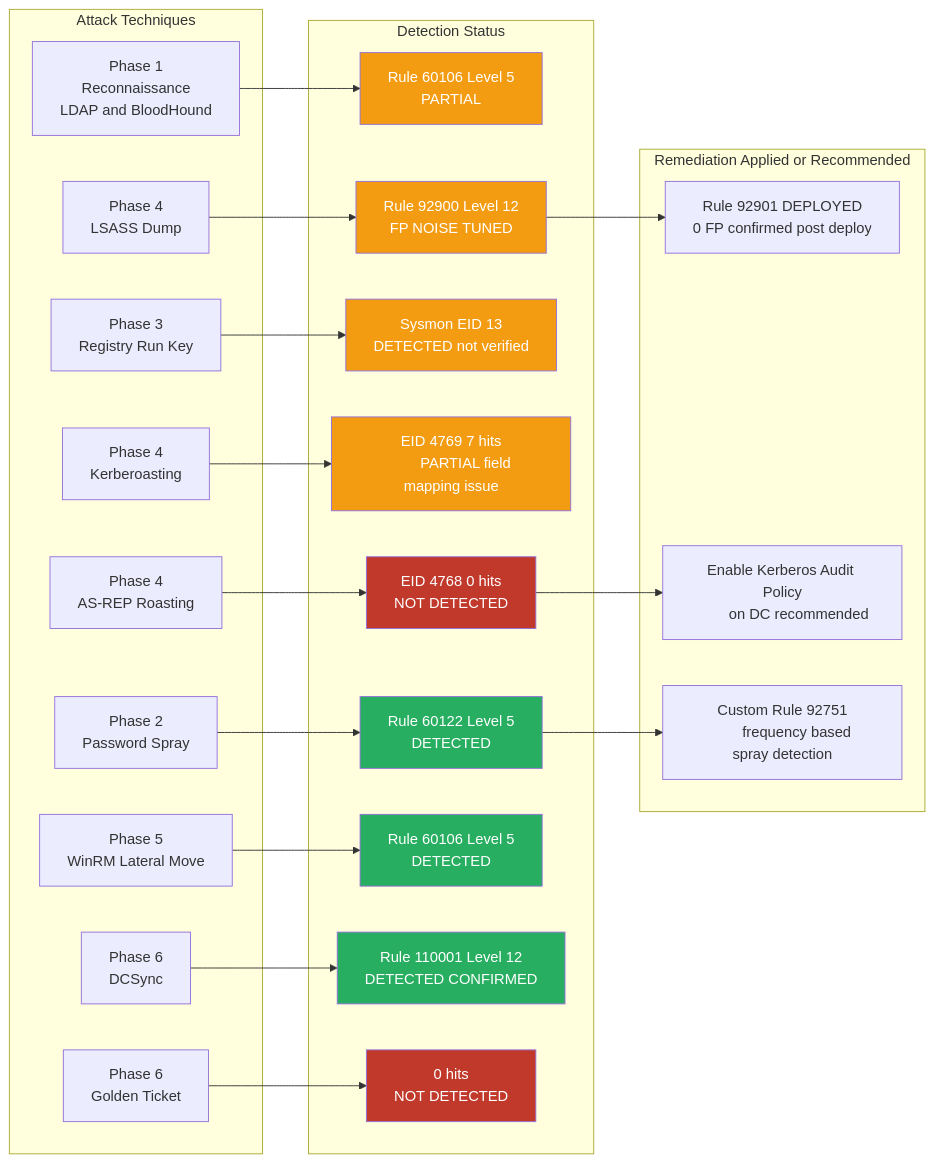
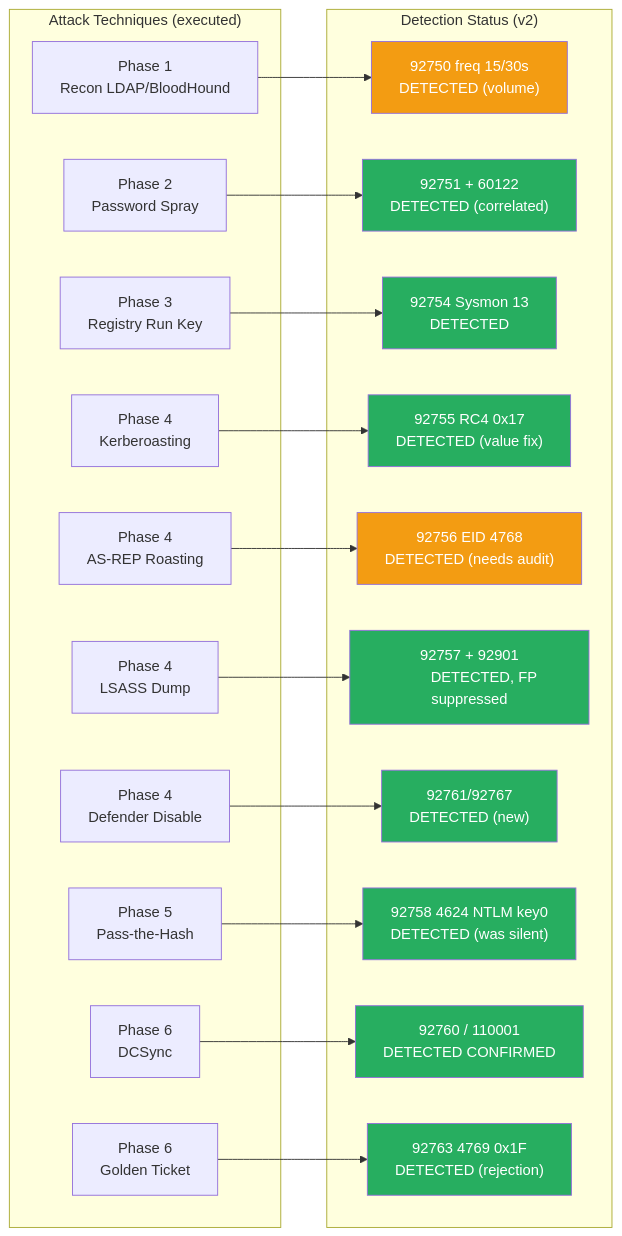
One commit to dimasqiramadhani/active-directory-offensive-security changed the fourth of 4 diagrams in README.md. Above: the diagram before and after it, drawn with Mermaid. The commit also changed other lines of this file and 27 other files, not shown here.

````diff
--- a/README.md
+++ b/README.md
@@ -342,77 +359,72 @@
 ```mermaid
 flowchart LR
-    subgraph ATTACKS["Attack Techniques"]
+    subgraph ATTACKS["Attack Techniques (executed)"]
         A1["Phase 1
-        Reconnaissance
-        LDAP and BloodHound"]
+        Recon LDAP/BloodHound"]
         A2["Phase 2
         Password Spray"]
         A3["Phase 3
         Registry Run Key"]
         A4["Phase 4
         Kerberoasting"]
         A5["Phase 4
         AS-REP Roasting"]
         A6["Phase 4
         LSASS Dump"]
+        A6b["Phase 4
+        Defender Disable"]
         A7["Phase 5
-        WinRM Lateral Move"]
+        Pass-the-Hash"]
         A8["Phase 6
         DCSync"]
         A9["Phase 6
         Golden Ticket"]
     end
 
-    subgraph STATUS["Detection Status"]
-        D1["Rule 60106 Level 5
-        PARTIAL"]
-        D2["Rule 60122 Level 5
+    subgraph V2["Detection Status (v2)"]
+        D1["92750 freq 15/30s
+        DETECTED (volume)"]
+        D2["92751 + 60122
+        DETECTED (correlated)"]
+        D3["92754 Sysmon 13
         DETECTED"]
-        D3["Sysmon EID 13
-        DETECTED not verified"]
-        D4["EID 4769 7 hits
-        PARTIAL field mapping issue"]
-        D5["EID 4768 0 hits
-        NOT DETECTED"]
-        D6["Rule 92900 Level 12
-        FP NOISE TUNED"]
-        D7["Rule 60106 Level 5
-        DETECTED"]
-        D8["Rule 110001 Level 12
+        D4["92755 RC4 0x17
+        DETECTED (value fix)"]
+        D5["92756 EID 4768
+        DETECTED (needs audit)"]
+        D6["92757 + 92901
+        DETECTED, FP suppressed"]
+        D6b["92761/92767
+        DETECTED (new)"]
+        D7["92758 4624 NTLM key0
+        DETECTED (was silent)"]
+        D8["92760 / 110001
         DETECTED CONFIRMED"]
-        D9["0 hits
-        NOT DETECTED"]
-    end
-
-    subgraph FIX["Remediation Applied or Recommended"]
-        T1["Rule 92901 DEPLOYED
-        0 FP confirmed post deploy"]
-        T2["Enable Kerberos Audit Policy
-        on DC recommended"]
-        T3["Custom Rule 92751
-        frequency based spray detection"]
+        D9["92763 4769 0x1F
+        DETECTED (rejection)"]
     end
 
     A1 --> D1
     A2 --> D2
     A3 --> D3
     A4 --> D4
     A5 --> D5
     A6 --> D6
+    A6b --> D6b
     A7 --> D7
     A8 --> D8
     A9 --> D9
-    D6 --> T1
-    D5 --> T2
-    D2 --> T3
 
+    %% green = v2 rule fires cleanly
     style D2 fill:#27ae60,color:#fff
+    style D3 fill:#27ae60,color:#fff
+    style D4 fill:#27ae60,color:#fff
+    style D6 fill:#27ae60,color:#fff
+    style D6b fill:#27ae60,color:#fff
     style D7 fill:#27ae60,color:#fff
     style D8 fill:#27ae60,color:#fff
+    style D9 fill:#27ae60,color:#fff
+    %% amber = fires but prerequisite-dependent (audit subcategory / channel forward / baseline tuning)
     style D1 fill:#f39c12,color:#fff
-    style D3 fill:#f39c12,color:#fff
-    style D4 fill:#f39c12,color:#fff
-    style D6 fill:#f39c12,color:#fff
-    style D5 fill:#c0392b,color:#fff
-    style D9 fill:#c0392b,color:#fff
+    style D5 fill:#f39c12,color:#fff
 ```
````
